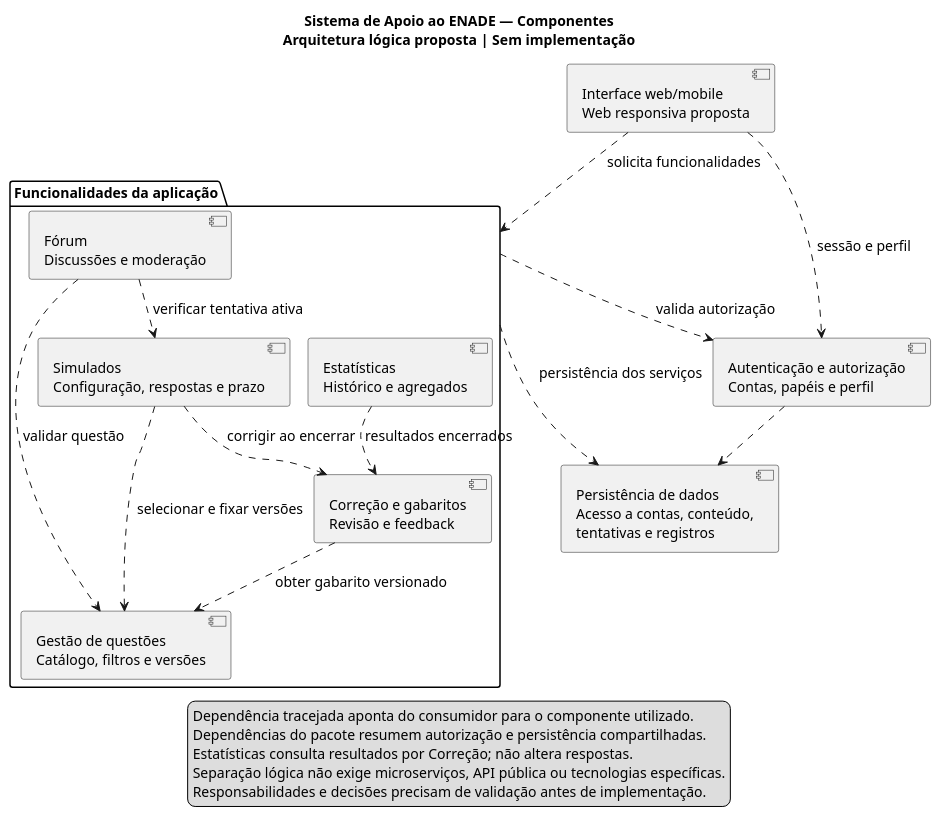
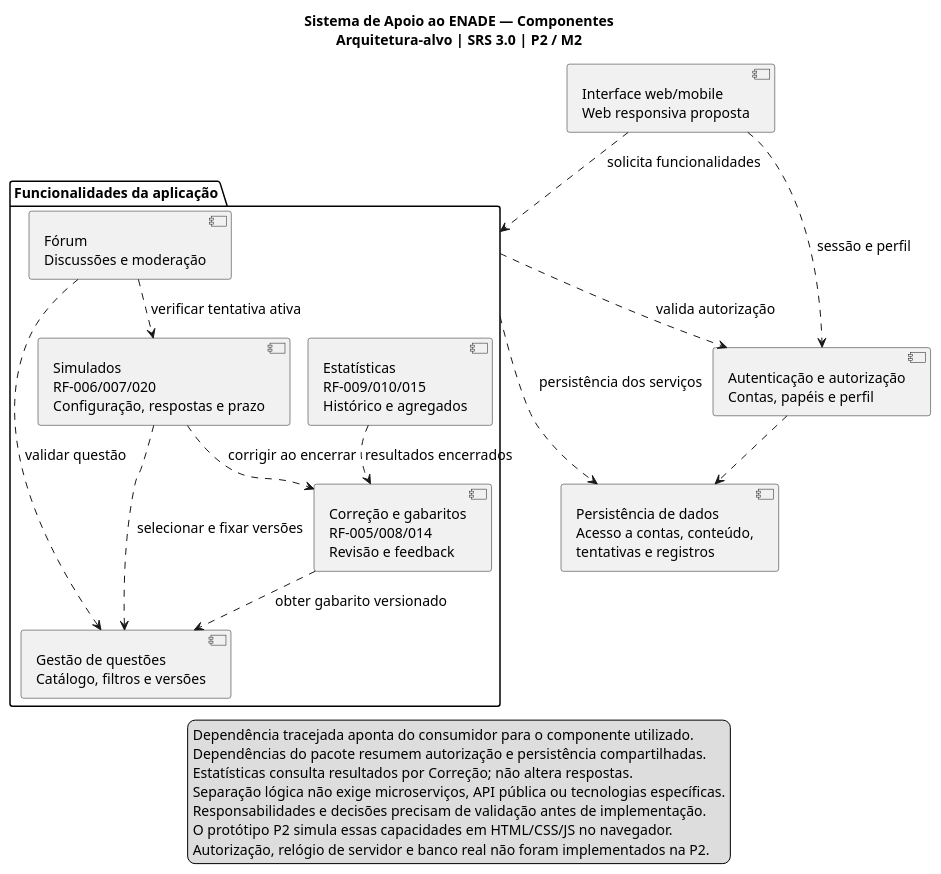
The diagram in docs/06-modelagem-uml/componentes/componentes.puml (JoaoRoberto1/projeto-enade), drawn with PlantUML before and after one commit. The commit also changed 95 other files, not shown here.

Commit message:
feat: deliver M2 SRS, UML consistency and navigable prototype

```diff
--- a/docs/06-modelagem-uml/componentes/componentes.puml
+++ b/docs/06-modelagem-uml/componentes/componentes.puml
@@ -1,37 +1,39 @@
 @startuml
 !pragma layout smetana
 skinparam shadowing false
 skinparam componentStyle uml2
 skinparam defaultFontName SansSerif
 skinparam defaultFontSize 14
 top to bottom direction
-title Sistema de Apoio ao ENADE — Componentes\nArquitetura lógica proposta | Sem implementação
+title Sistema de Apoio ao ENADE — Componentes\nArquitetura-alvo | SRS 3.0 | P2 / M2
 component "Interface web/mobile\nWeb responsiva proposta" as UI
 component "Autenticação e autorização\nContas, papéis e perfil" as Auth
 package "Funcionalidades da aplicação" as Domain {
   component "Gestão de questões\nCatálogo, filtros e versões" as Q
-  component "Simulados\nConfiguração, respostas e prazo" as Sim
-  component "Correção e gabaritos\nRevisão e feedback" as Corr
-  component "Estatísticas\nHistórico e agregados" as Stats
+component "Simulados\nRF-006/007/020\nConfiguração, respostas e prazo" as Sim
+component "Correção e gabaritos\nRF-005/008/014\nRevisão e feedback" as Corr
+component "Estatísticas\nRF-009/010/015\nHistórico e agregados" as Stats
   component "Fórum\nDiscussões e moderação" as Forum
 }
 component "Persistência de dados\nAcesso a contas, conteúdo,\ntentativas e registros" as Repo
 UI ..> Auth : sessão e perfil
 UI ..> Domain : solicita funcionalidades
 Domain ..> Auth : valida autorização
 Sim ..> Q : selecionar e fixar versões
 Sim ..> Corr : corrigir ao encerrar
 Corr ..> Q : obter gabarito versionado
 Stats ..> Corr : resultados encerrados
 Forum ..> Q : validar questão
 Forum ..> Sim : verificar tentativa ativa
 Auth ..> Repo
 Domain ..> Repo : persistência dos serviços
 legend bottom
   Dependência tracejada aponta do consumidor para o componente utilizado.
   Dependências do pacote resumem autorização e persistência compartilhadas.
   Estatísticas consulta resultados por Correção; não altera respostas.
   Separação lógica não exige microserviços, API pública ou tecnologias específicas.
   Responsabilidades e decisões precisam de validação antes de implementação.
+  O protótipo P2 simula essas capacidades em HTML/CSS/JS no navegador.
+  Autorização, relógio de servidor e banco real não foram implementados na P2.
 endlegend
 @enduml
```
